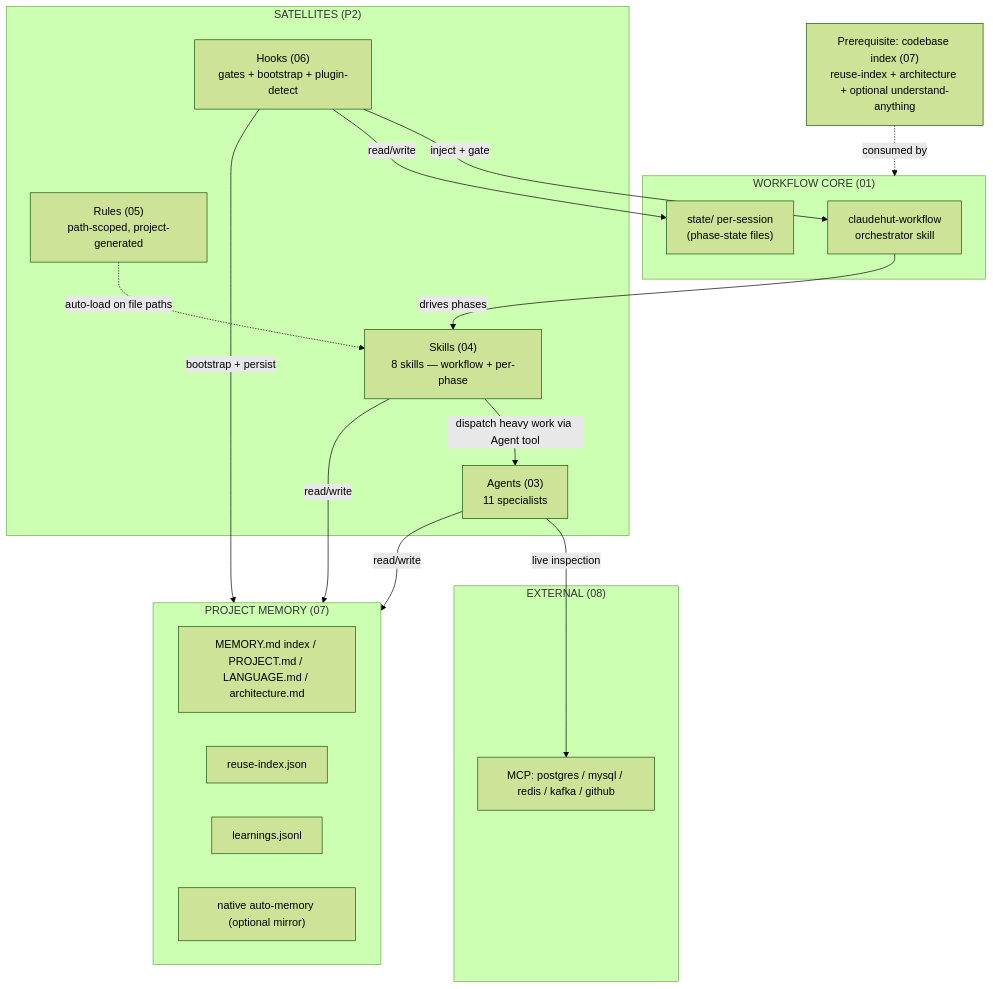
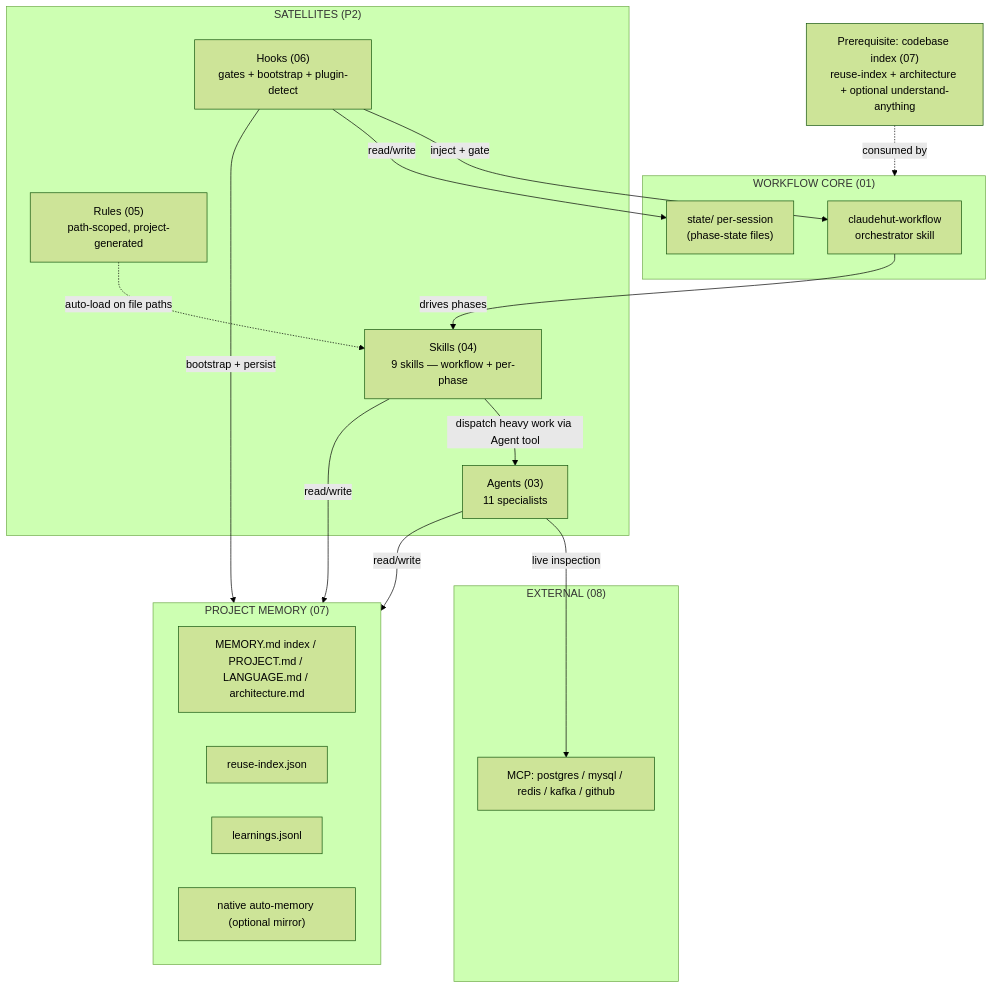
The first of 2 diagrams in .claude/docs/design/02-architecture.md (taipt1504/claudehut), drawn with Mermaid (forest theme) before and after one commit. The commit also changed other lines of this file and 32 other files, not shown here.

First line of the commit message:
release: v0.3.1 — 7-phase workflow, complexity tiers, dynamic review, ideation pipeline

````diff
--- a/.claude/docs/design/02-architecture.md
+++ b/.claude/docs/design/02-architecture.md
@@ -22,38 +22,38 @@
 ```mermaid
 flowchart TB
     subgraph CORE["WORKFLOW CORE (01)"]
         ORCH["claudehut-workflow<br/>orchestrator skill"]
         STATE["state/ per-session<br/>(phase-state files)"]
     end
 
     IDX["Prerequisite: codebase index (07)<br/>reuse-index + architecture + optional understand-anything"]
 
     subgraph SAT["SATELLITES (P2)"]
         AG["Agents (03)<br/>11 specialists"]
-        SK["Skills (04)<br/>8 skills — workflow + per-phase"]
+        SK["Skills (04)<br/>9 skills — workflow + per-phase"]
         RU["Rules (05)<br/>path-scoped, project-generated"]
         HK["Hooks (06)<br/>gates + bootstrap + plugin-detect"]
     end
 
     subgraph MEM["PROJECT MEMORY (07)"]
         PM["MEMORY.md index / PROJECT.md / LANGUAGE.md / architecture.md"]
         RI["reuse-index.json"]
         LJ["learnings.jsonl"]
         AM["native auto-memory (optional mirror)"]
     end
 
     subgraph EXT["EXTERNAL (08)"]
         MCP["MCP: postgres / mysql / redis / kafka / github"]
     end
 
     IDX -. consumed by .-> CORE
     HK -->|inject + gate| ORCH
     HK -->|read/write| STATE
     ORCH -->|drives phases| SK
     SK -->|dispatch heavy work via Agent tool| AG
     AG -->|live inspection| MCP
     RU -.->|auto-load on file paths| SK
     SK -->|read/write| MEM
     HK -->|bootstrap + persist| MEM
     AG -->|read/write| MEM
 ```
````
